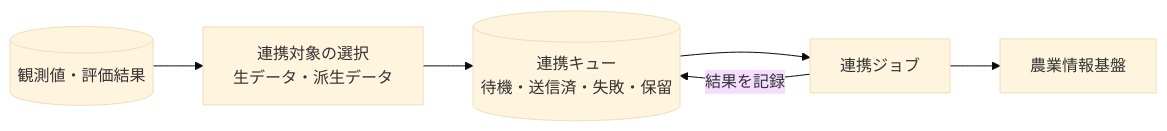
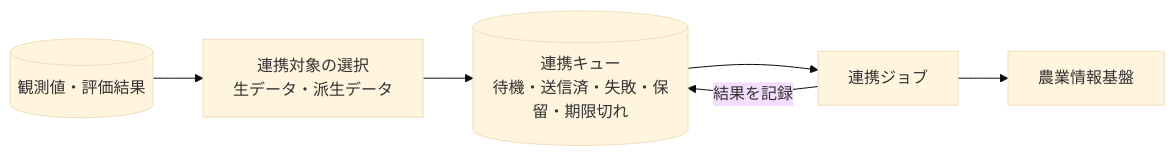
Before and after one commit to NS-APU/smart-farm-monitoring: the sixth of 6 diagrams in docs/10_design/data/data-flow.md, drawn with Mermaid (base theme). The commit also changed 40 other files, not shown here.

````diff
--- a/docs/10_design/data/data-flow.md
+++ b/docs/10_design/data/data-flow.md
@@ -132,8 +132,8 @@
 ```mermaid
 flowchart LR
   STORE[(観測値・評価結果)] --> SEL[連携対象の選択<br>生データ・派生データ]
-  SEL --> Q[(連携キュー<br>待機・送信済・失敗・保留)]
+  SEL --> Q[(連携キュー<br>待機・送信済・失敗・保留・期限切れ)]
   Q --> JOB[連携ジョブ]
   JOB --> AG[農業情報基盤]
   JOB -->|結果を記録| Q
 ```
````
